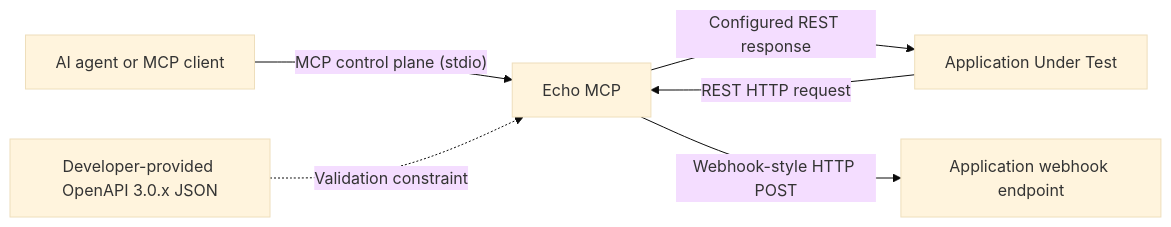
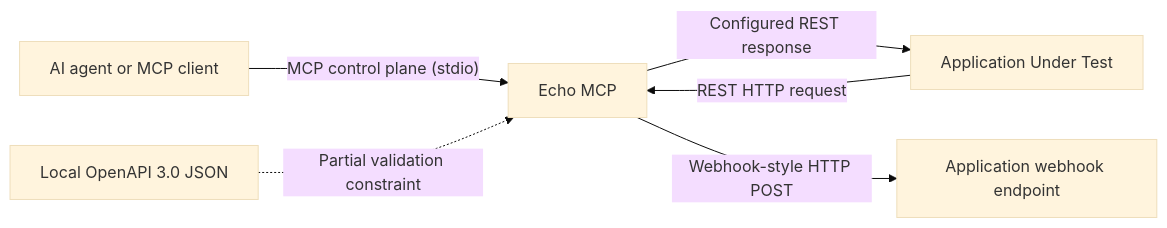
The diagram in README.md (nagorn/echo-mcp), drawn with Mermaid (base theme) before and after one commit. The commit also changed other lines of this file and 36 other files, not shown here.

Commit message:
release: prepare v0.3.0 runtime OpenAPI loading

````diff
--- a/README.md
+++ b/README.md
@@ -64,8 +62,8 @@
 ```mermaid
 flowchart LR
     Agent["AI agent or MCP client"] -->|"MCP control plane (stdio)"| Echo["Echo MCP"]
     App["Application Under Test"] -->|"REST HTTP request"| Echo
     Echo -->|"Configured REST response"| App
     Echo -->|"Webhook-style HTTP POST"| Webhook["Application webhook endpoint"]
-    Contract["Developer-provided OpenAPI 3.0.x JSON"] -.->|"Validation constraint"| Echo
+    Contract["Local OpenAPI 3.0 JSON"] -.->|"Partial validation constraint"| Echo
 ```
````
